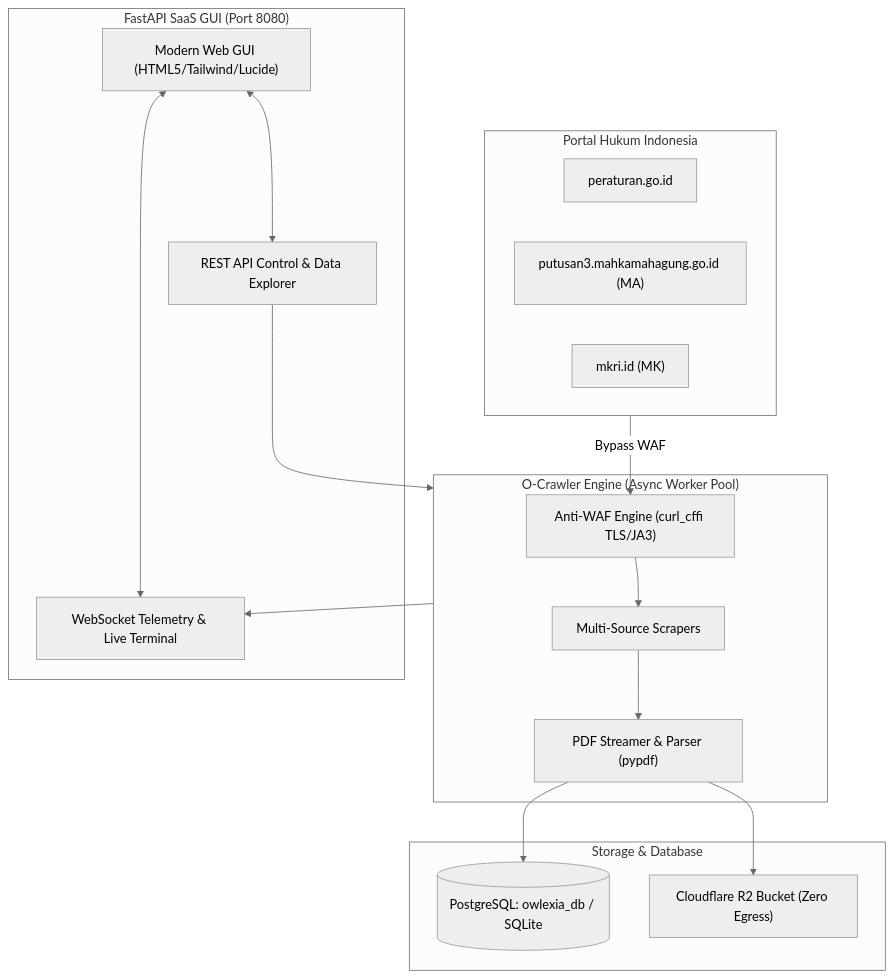
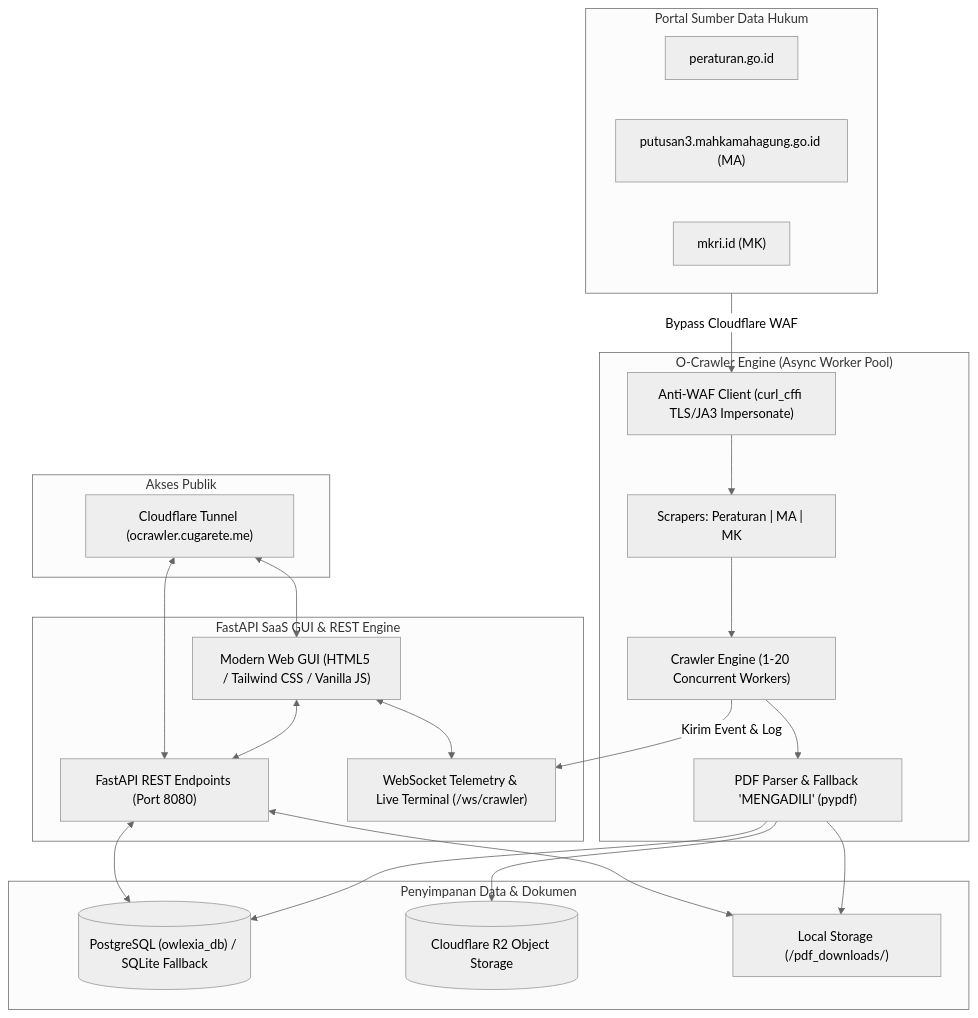
Before and after one commit to aryarifki/O-Crawler: the diagram in README.md, drawn with Mermaid (neutral theme). The commit also changed other lines of this file and 4 other files, not shown here.

````diff
--- a/README.md
+++ b/README.md
@@ -39,36 +62,48 @@
 ```mermaid
 flowchart TD
-    subgraph Sources ["Portal Hukum Indonesia"]
+    subgraph Sources ["Portal Sumber Data Hukum"]
         A["peraturan.go.id"]
         B["putusan3.mahkamahagung.go.id (MA)"]
         C["mkri.id (MK)"]
     end
 
     subgraph Core ["O-Crawler Engine (Async Worker Pool)"]
-        WAF["Anti-WAF Engine (curl_cffi TLS/JA3)"]
-        Scraper["Multi-Source Scrapers"]
-        Parser["PDF Streamer & Parser (pypdf)"]
+        WAF["Anti-WAF Client (curl_cffi TLS/JA3 Impersonate)"]
+        Scrapers["Scrapers: Peraturan | MA | MK"]
+        PDFParser["PDF Parser & Fallback 'MENGADILI' (pypdf)"]
+        Engine["Crawler Engine (1-20 Concurrent Workers)"]
     end
 
-    subgraph Interface ["FastAPI SaaS GUI (Port 8080)"]
-        GUI["Modern Web GUI (HTML5/Tailwind/Lucide)"]
-        WS["WebSocket Telemetry & Live Terminal"]
-        API["REST API Control & Data Explorer"]
+    subgraph Interface ["FastAPI SaaS GUI & REST Engine"]
+        API["FastAPI REST Endpoints (Port 8080)"]
+        WS["WebSocket Telemetry & Live Terminal (/ws/crawler)"]
+        UI["Modern Web GUI (HTML5 / Tailwind CSS / Vanilla JS)"]
     end
 
-    subgraph Storage ["Storage & Database"]
-        DB[("PostgreSQL: owlexia_db / SQLite")]
-        R2["Cloudflare R2 Bucket (Zero Egress)"]
+    subgraph Storage ["Penyimpanan Data & Dokumen"]
+        DB[("PostgreSQL (owlexia_db) / SQLite Fallback")]
+        R2[("Cloudflare R2 Object Storage")]
+        LocalPDF["Local Storage (/pdf_downloads/)"]
     end
 
-    Sources -->|Bypass WAF| WAF
-    WAF --> Scraper
-    Scraper --> Parser
-    Parser --> DB
-    Parser --> R2
+    subgraph Tunnel ["Akses Publik"]
+        CF["Cloudflare Tunnel (ocrawler.cugarete.me)"]
+    end
 
-    GUI <--> API
-    GUI <--> WS
-    API --> Core
-    Core --> WS
+    Sources -->|Bypass Cloudflare WAF| WAF
+    WAF --> Scrapers
+    Scrapers --> Engine
+    Engine --> PDFParser
+    PDFParser --> DB
+    PDFParser --> R2
+    PDFParser --> LocalPDF
+
+    Engine -->|Kirim Event & Log| WS
+    API <--> DB
+    API <--> LocalPDF
+    UI <--> API
+    UI <--> WS
+
+    CF <--> API
+    CF <--> UI
 ```
````
